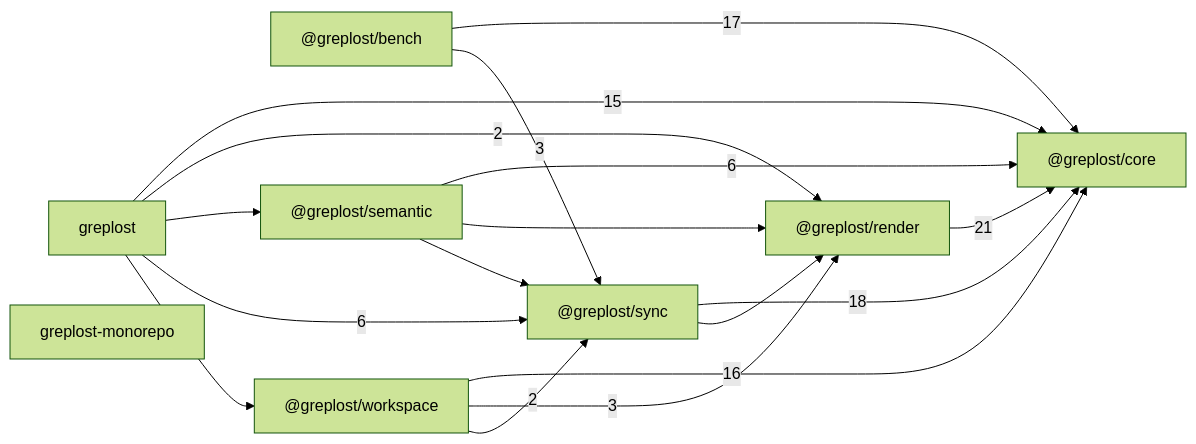
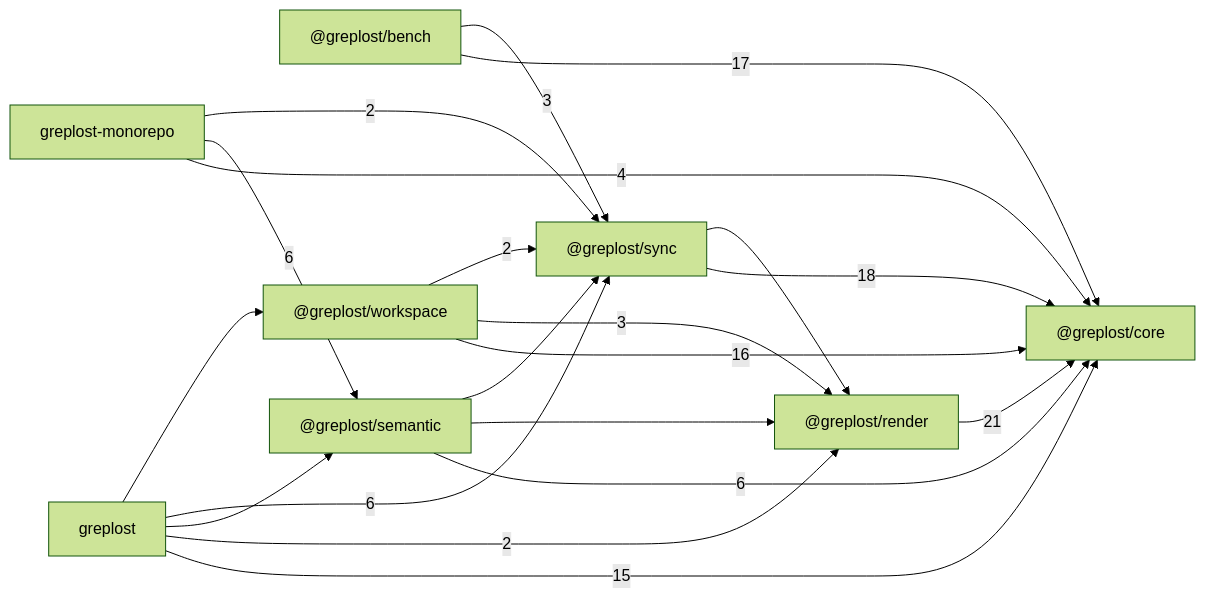
Before and after one commit to sns45/greplost: the diagram in .greplost/repo/MAP.md, drawn with Mermaid (forest theme). The commit also changed other lines of this file and 76 other files, not shown here.

````diff
--- a/.greplost/repo/MAP.md
+++ b/.greplost/repo/MAP.md
@@ -21,27 +21,30 @@
 ```mermaid
 graph LR
   _greplost_bench["@greplost/bench"]
   _greplost_core["@greplost/core"]
   _greplost_render["@greplost/render"]
   _greplost_semantic["@greplost/semantic"]
   _greplost_sync["@greplost/sync"]
   _greplost_workspace["@greplost/workspace"]
   greplost["greplost"]
   greplost_monorepo["greplost-monorepo"]
   _greplost_bench -->|17| _greplost_core
   _greplost_bench -->|3| _greplost_sync
   _greplost_render -->|21| _greplost_core
   _greplost_semantic -->|6| _greplost_core
   _greplost_semantic --> _greplost_render
   _greplost_semantic --> _greplost_sync
   _greplost_sync -->|18| _greplost_core
   _greplost_sync --> _greplost_render
   _greplost_workspace -->|16| _greplost_core
   _greplost_workspace -->|3| _greplost_render
   _greplost_workspace -->|2| _greplost_sync
   greplost -->|15| _greplost_core
   greplost -->|2| _greplost_render
   greplost --> _greplost_semantic
   greplost -->|6| _greplost_sync
   greplost --> _greplost_workspace
+  greplost_monorepo -->|4| _greplost_core
+  greplost_monorepo -->|6| _greplost_semantic
+  greplost_monorepo -->|2| _greplost_sync
 ```
````
